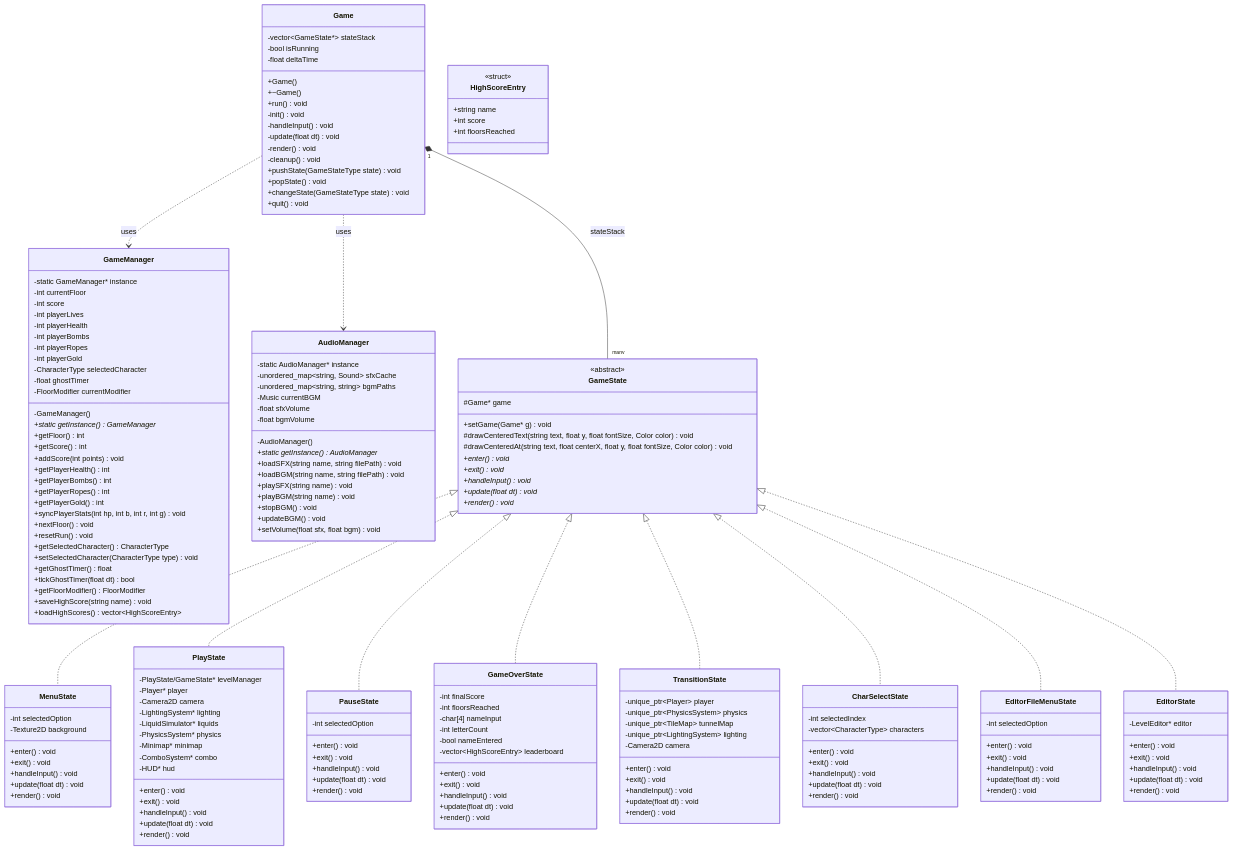
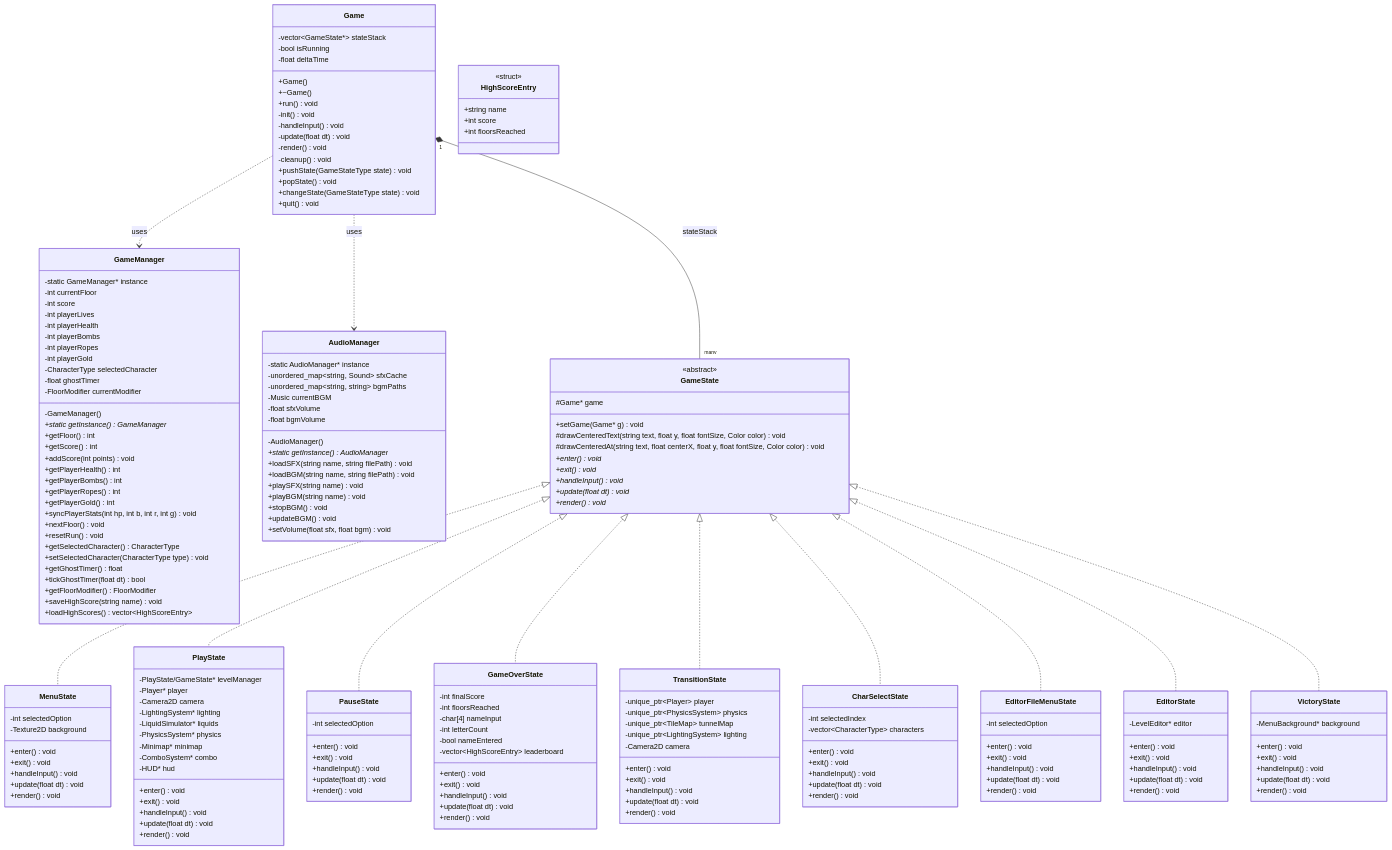
Before and after one commit to Gasmask-Chan/CS202-Cavern-Descent: the first of 8 diagrams in project_plan.md, drawn with Mermaid. The commit also changed other lines of this file, not shown here.

Commit message:
chore: update project_plan

````diff
--- a/project_plan.md
+++ b/project_plan.md
@@ -486,6 +486,15 @@
         +render() void
     }
 
+    class VictoryState {
+        -MenuBackground* background
+        +enter() void
+        +exit() void
+        +handleInput() void
+        +update(float dt) void
+        +render() void
+    }
+
     Game "1" *-- "many" GameState : stateStack
     GameState <|.. MenuState
     GameState <|.. PlayState
@@ -495,6 +504,7 @@
     GameState <|.. CharSelectState
     GameState <|.. EditorFileMenuState
     GameState <|.. EditorState
+    GameState <|.. VictoryState
     Game ..> GameManager : uses
     Game ..> AudioManager : uses
 ```
````
